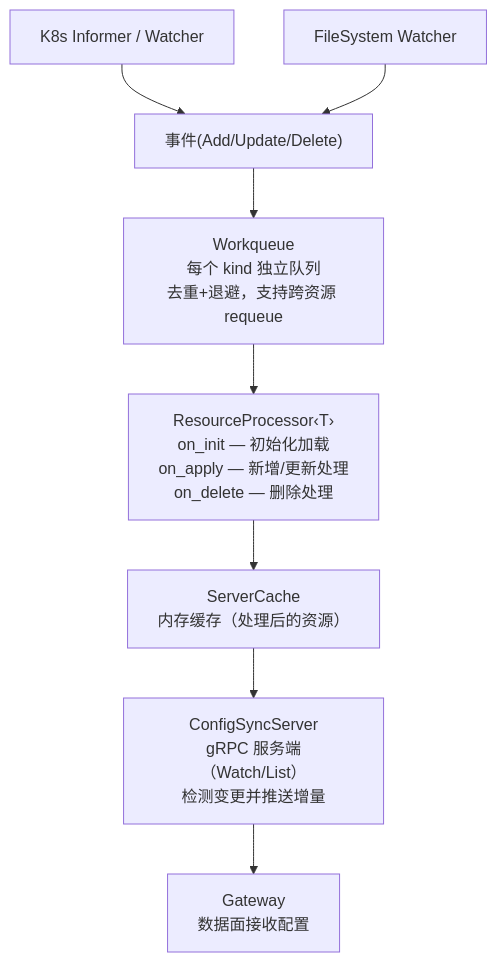
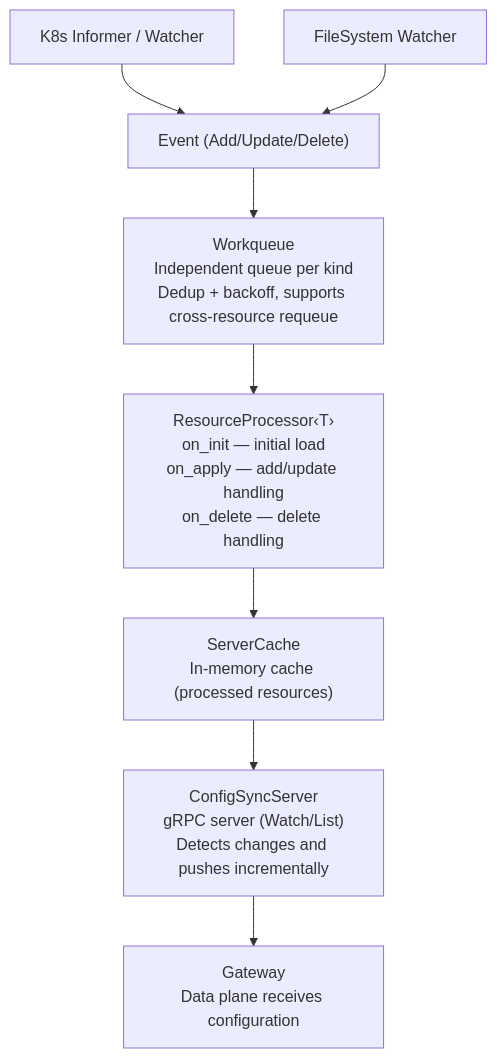
The diagram in skills/01-architecture/01-controller/00-overview.md (Pandaala/Edgion), drawn with Mermaid before and after one commit. The commit also changed other lines of this file and 1373 other files, not shown here.

````diff
--- a/skills/01-architecture/01-controller/00-overview.md
+++ b/skills/01-architecture/01-controller/00-overview.md
@@ -160,10 +160,10 @@
 ```mermaid
 flowchart TD
-    A["K8s Informer / Watcher"] --> C["事件(Add/Update/Delete)"]
+    A["K8s Informer / Watcher"] --> C["Event (Add/Update/Delete)"]
     B["FileSystem Watcher"] --> C
-    C --> D["Workqueue\n每个 kind 独立队列\n去重+退避，支持跨资源 requeue"]
-    D --> E["ResourceProcessor‹T›\non_init — 初始化加载\non_apply — 新增/更新处理\non_delete — 删除处理"]
-    E --> F["ServerCache\n内存缓存（处理后的资源）"]
-    F --> G["ConfigSyncServer\ngRPC 服务端（Watch/List）\n检测变更并推送增量"]
-    G --> H["Gateway\n数据面接收配置"]
+    C --> D["Workqueue\nIndependent queue per kind\nDedup + backoff, supports cross-resource requeue"]
+    D --> E["ResourceProcessor‹T›\non_init — initial load\non_apply — add/update handling\non_delete — delete handling"]
+    E --> F["ServerCache\nIn-memory cache (processed resources)"]
+    F --> G["ConfigSyncServer\ngRPC server (Watch/List)\nDetects changes and pushes incrementally"]
+    G --> H["Gateway\nData plane receives configuration"]
 ```
````
